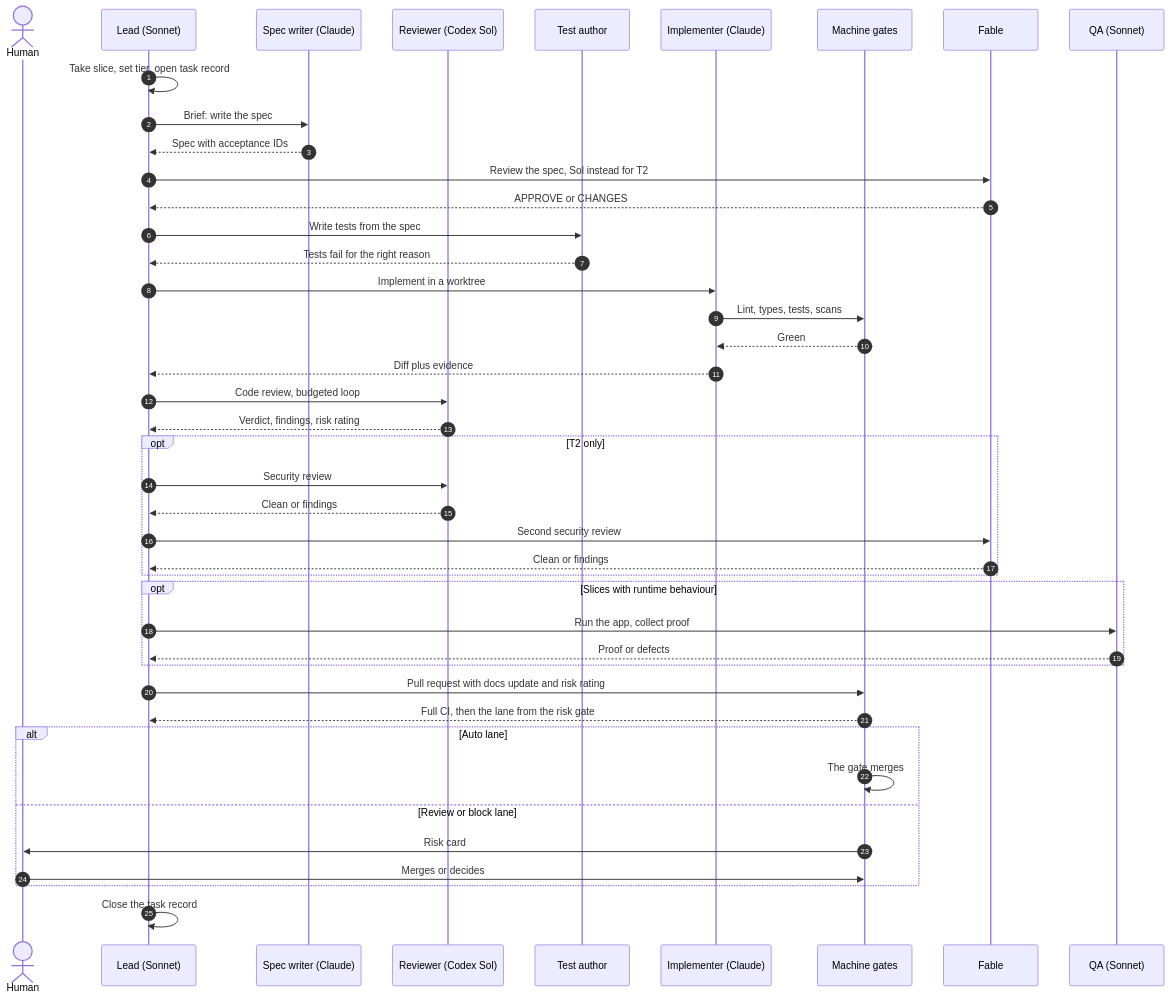
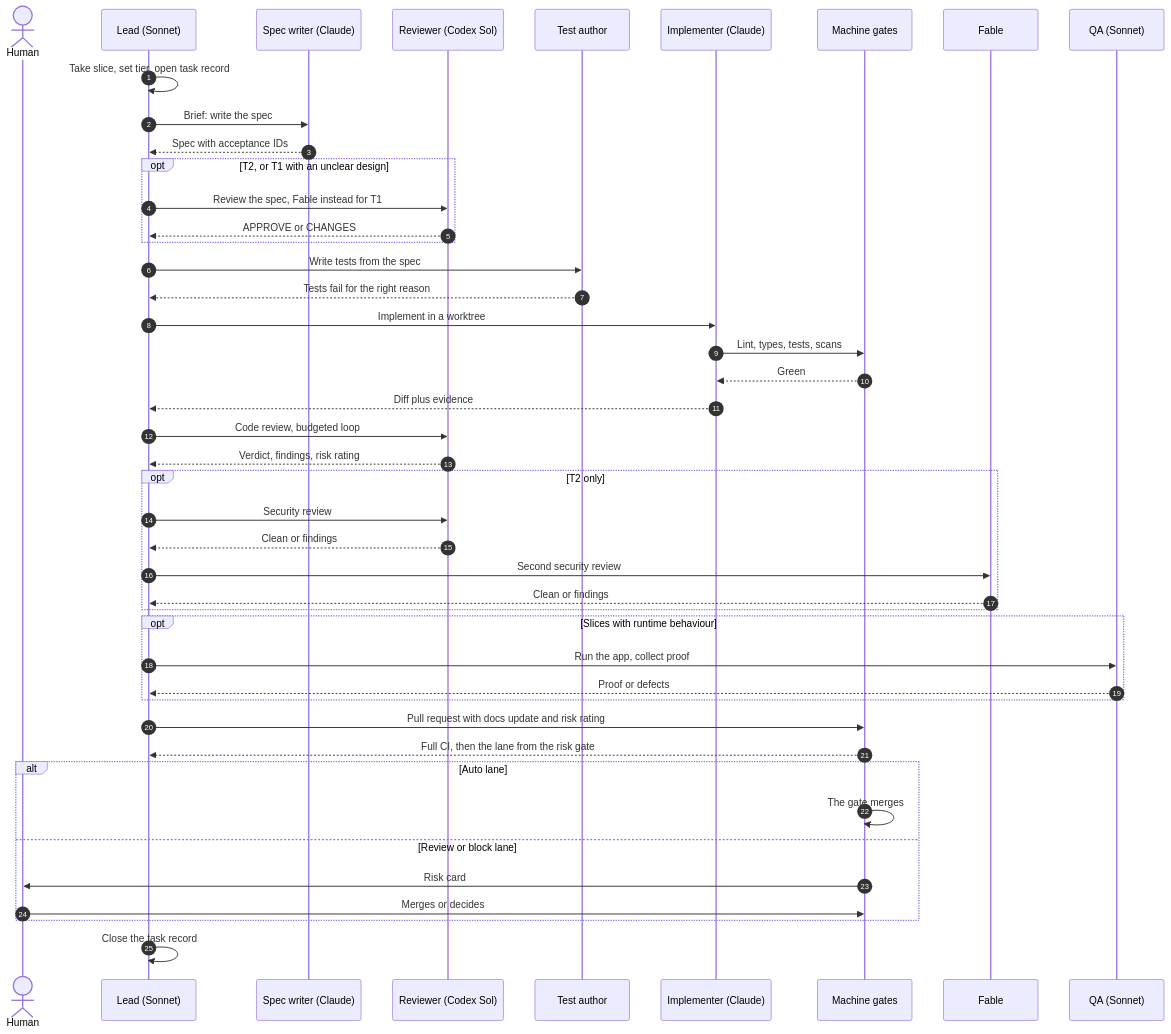
The sixth of 12 diagrams in CONCEPT.md (gerdschaeffer/t3-agentic-coding), drawn with Mermaid before and after one commit. The commit also changed other lines of this file, not shown here.

First line of the commit message:
Let the lead implement small changes and skip clear T1 spec reviews

````diff
--- a/CONCEPT.md
+++ b/CONCEPT.md
@@ -302,46 +306,48 @@
 ```mermaid
 sequenceDiagram
     autonumber
     actor H as Human
     participant L as Lead (Sonnet)
     participant W as Spec writer (Claude)
     participant X as Reviewer (Codex Sol)
     participant T as Test author
     participant I as Implementer (Claude)
     participant CI as Machine gates
     participant S as Fable
     participant Q as QA (Sonnet)
 
     L->>L: Take slice, set tier, open task record
     L->>W: Brief: write the spec
     W-->>L: Spec with acceptance IDs
-    L->>S: Review the spec, Sol instead for T2
-    S-->>L: APPROVE or CHANGES
+    opt T2, or T1 with an unclear design
+        L->>X: Review the spec, Fable instead for T1
+        X-->>L: APPROVE or CHANGES
+    end
     L->>T: Write tests from the spec
     T-->>L: Tests fail for the right reason
     L->>I: Implement in a worktree
     I->>CI: Lint, types, tests, scans
     CI-->>I: Green
     I-->>L: Diff plus evidence
     L->>X: Code review, budgeted loop
     X-->>L: Verdict, findings, risk rating
     opt T2 only
         L->>X: Security review
         X-->>L: Clean or findings
         L->>S: Second security review
         S-->>L: Clean or findings
     end
     opt Slices with runtime behaviour
         L->>Q: Run the app, collect proof
         Q-->>L: Proof or defects
     end
     L->>CI: Pull request with docs update and risk rating
     CI-->>L: Full CI, then the lane from the risk gate
     alt Auto lane
         CI->>CI: The gate merges
     else Review or block lane
         CI->>H: Risk card
         H->>CI: Merges or decides
     end
     L->>L: Close the task record
 ```
````
